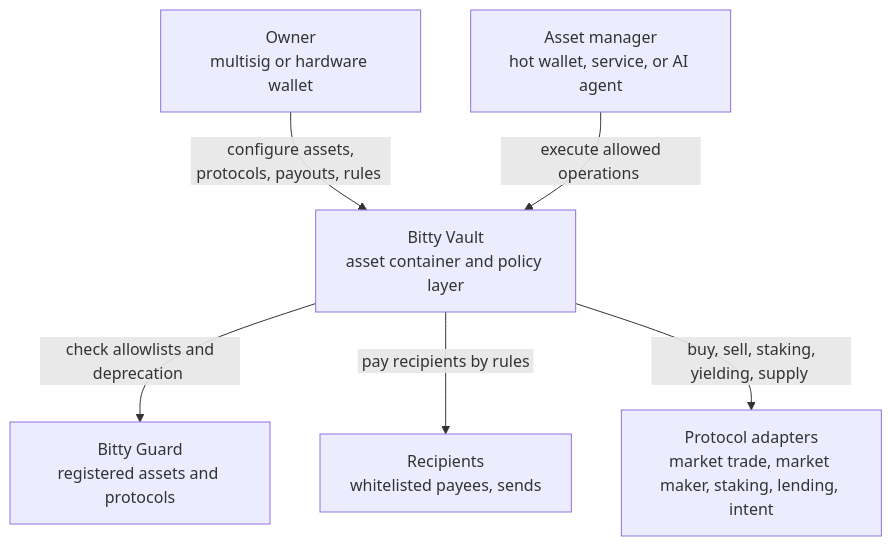
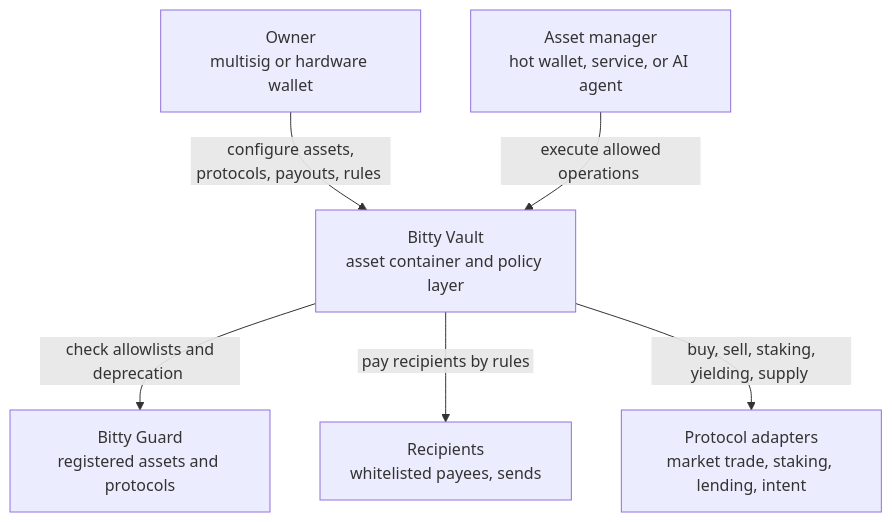
One commit to BittyIO/vault changed the diagram in README.md. Above: the diagram before and after it, drawn with Mermaid. The commit also changed other lines of this file and 1 other file, not shown here.

````diff
--- a/README.md
+++ b/README.md
@@ -7,15 +7,15 @@
 ```mermaid
 flowchart TB
     Owner["Owner<br/>multisig or hardware wallet"]
     AssetManager["Asset manager<br/>hot wallet, service, or AI agent"]
     Vault["Bitty Vault<br/>asset container and policy layer"]
     Guard["Bitty Guard<br/>registered assets and protocols"]
     Recipients["Recipients<br/>whitelisted payees, sends"]
-    Protocols["Protocol adapters<br/>market trade, market maker, staking, lending, intent"]
+    Protocols["Protocol adapters<br/>market trade, staking, lending, intent"]
 
     Owner -->|"&nbsp;configure assets, protocols, payouts, rules&nbsp;"| Vault
     AssetManager -->|"&nbsp;execute allowed operations&nbsp;"| Vault
     Vault -->|"&nbsp;check allowlists and deprecation&nbsp;"| Guard
     Vault -->|"&nbsp;pay recipients by rules&nbsp;"| Recipients
     Vault -->|"&nbsp;buy, sell, staking, yielding, supply&nbsp;"| Protocols
 ```
````
